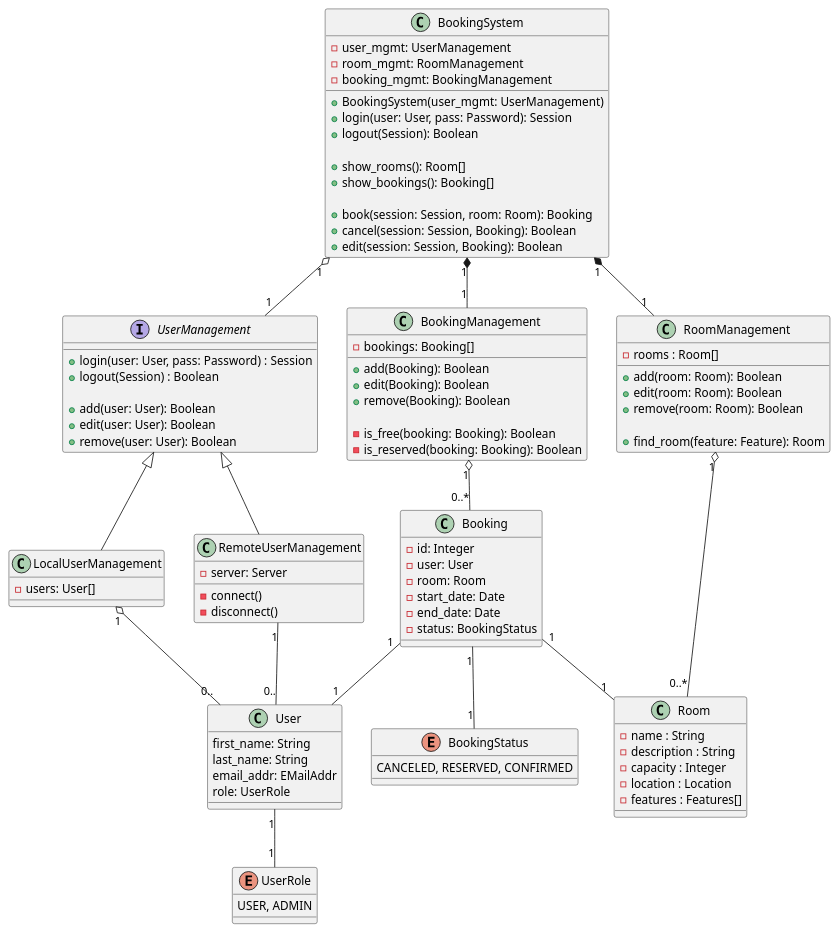
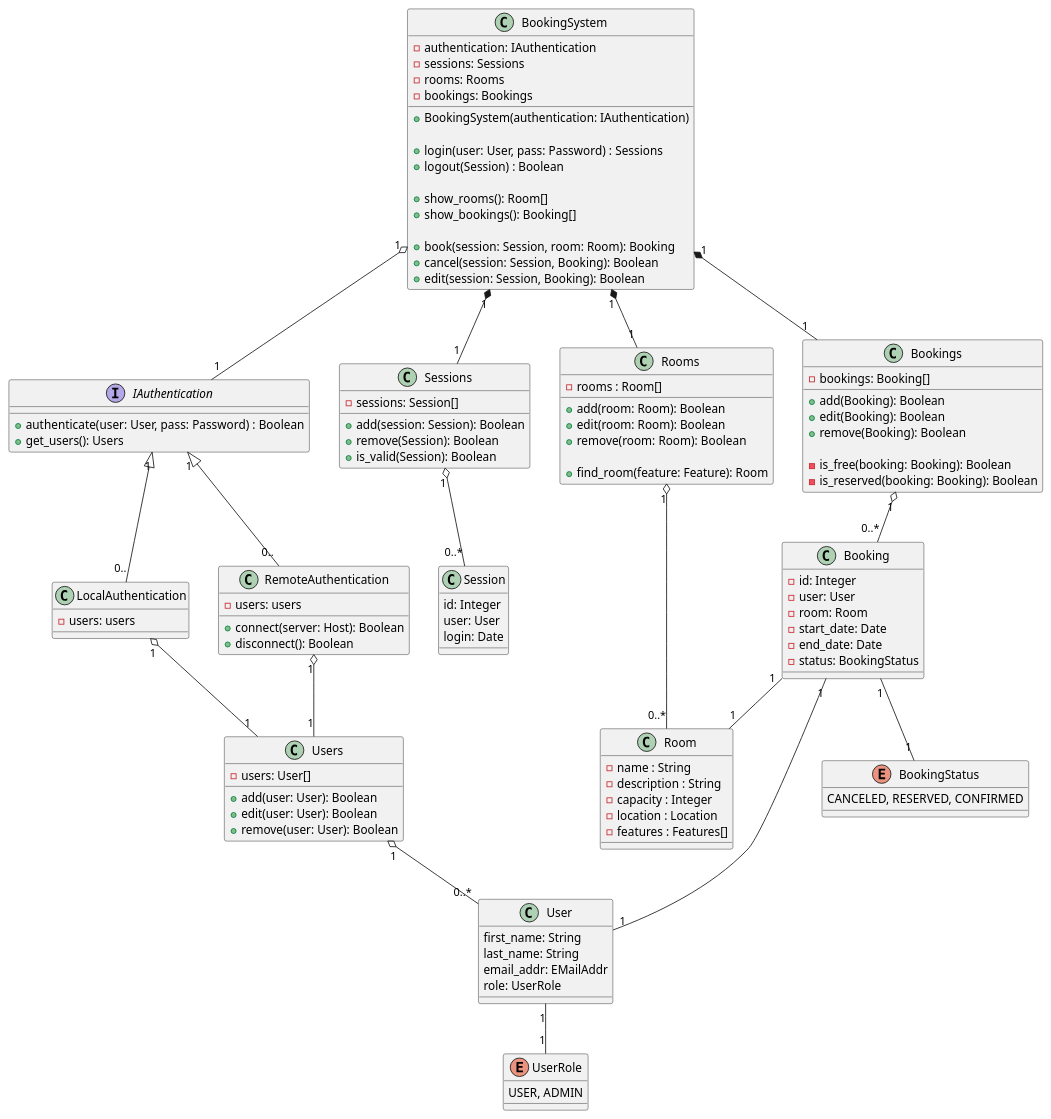
The diagram in class-diagram.puml (gambels/booking-room-application), drawn with PlantUML before and after one commit.

Commit message:
Update class diagram

```diff
--- a/class-diagram.puml
+++ b/class-diagram.puml
@@ -1,104 +1,130 @@
 @startuml
 
 class BookingSystem {
-  +BookingSystem(user_mgmt: UserManagement)
-  +login(user: User, pass: Password): Session
-  +logout(Session): Boolean
+  +BookingSystem(authentication: IAuthentication)
+  
+  +login(user: User, pass: Password) : Sessions
+  +logout(Session) : Boolean
 
   +show_rooms(): Room[]
   +show_bookings(): Booking[]
 
   +book(session: Session, room: Room): Booking
   +cancel(session: Session, Booking): Boolean
   +edit(session: Session, Booking): Boolean
   
-  -user_mgmt: UserManagement
-  -room_mgmt: RoomManagement
-  -booking_mgmt: BookingManagement
+  -authentication: IAuthentication
+  -sessions: Sessions
+  -rooms: Rooms
+  -bookings: Bookings
 }
-BookingSystem "1" o-- "1" UserManagement
-BookingSystem "1" *-- "1" RoomManagement
-BookingSystem "1" *-- "1" BookingManagement
+BookingSystem "1" o-- "1" IAuthentication
+BookingSystem "1" *-- "1" Sessions
+BookingSystem "1" *-- "1" Rooms
+BookingSystem "1" *-- "1" Bookings
 
-interface UserManagement {
-  +login(user: User, pass: Password) : Session
-  +logout(Session) : Boolean
+interface IAuthentication {
+  +authenticate(user: User, pass: Password) : Boolean
+  +get_users(): Users
+}
 
+IAuthentication "1" <|-- "0.." LocalAuthentication
+class LocalAuthentication {
+  -users: users
+}
+LocalAuthentication "1" o-- "1" Users
+
+IAuthentication "1" <|-- "0.." RemoteAuthentication
+class RemoteAuthentication {
+  +connect(server: Host): Boolean
+  +disconnect(): Boolean
+
+  -users: users
+}
+RemoteAuthentication "1" o-- "1" Users
+
+class Sessions
+{
+  +add(session: Session): Boolean
+  +remove(Session): Boolean
+  +is_valid(Session): Boolean
+  
+  -sessions: Session[]
+}
+Sessions "1" o-- "0..*" Session
+
+class Session
+{
+  id: Integer
+  user: User
+  login: Date
+}
+
+class Users {
   +add(user: User): Boolean
   +edit(user: User): Boolean
   +remove(user: User): Boolean
-}
 
-UserManagement <|-- LocalUserManagement
-class LocalUserManagement {
   -users: User[]
 }
-LocalUserManagement "1" o-- "0.." User
-
-UserManagement <|-- RemoteUserManagement
-class RemoteUserManagement {
-  -connect()
-  -disconnect()
-  -server: Server
-}
-RemoteUserManagement "1" -- "0.." User
+Users "1" o-- "0..*" User
 
 class User {
   first_name: String
   last_name: String
   email_addr: EMailAddr
   role: UserRole
 }
 User "1" -- "1" UserRole
 
 enum UserRole {
   USER, ADMIN
 }
 
-class RoomManagement {
+class Rooms {
   +add(room: Room): Boolean
   +edit(room: Room): Boolean
   +remove(room: Room): Boolean
 
   +find_room(feature: Feature): Room
 
   -rooms : Room[]
 }
-RoomManagement "1" o-- "0..*" Room
+Rooms "1" o-- "0..*" Room
 
 class Room {
   -name : String
   -description : String
   -capacity : Integer
   -location : Location
   -features : Features[]
 }
 
-class BookingManagement {
+class Bookings {
   +add(Booking): Boolean
   +edit(Booking): Boolean
   +remove(Booking): Boolean
   
   -is_free(booking: Booking): Boolean
   -is_reserved(booking: Booking): Boolean
   -bookings: Booking[]
 }
-BookingManagement "1" o-- "0..*" Booking
+Bookings "1" o-- "0..*" Booking
 
 class Booking {
   -id: Integer
   -user: User
   -room: Room
   -start_date: Date
   -end_date: Date
   -status: BookingStatus
 }
 Booking "1" -- "1" BookingStatus
 Booking "1" -- "1" User
 Booking "1" -- "1" Room
 
 enum BookingStatus {
   CANCELED, RESERVED, CONFIRMED
 }
 
 @enduml
```
